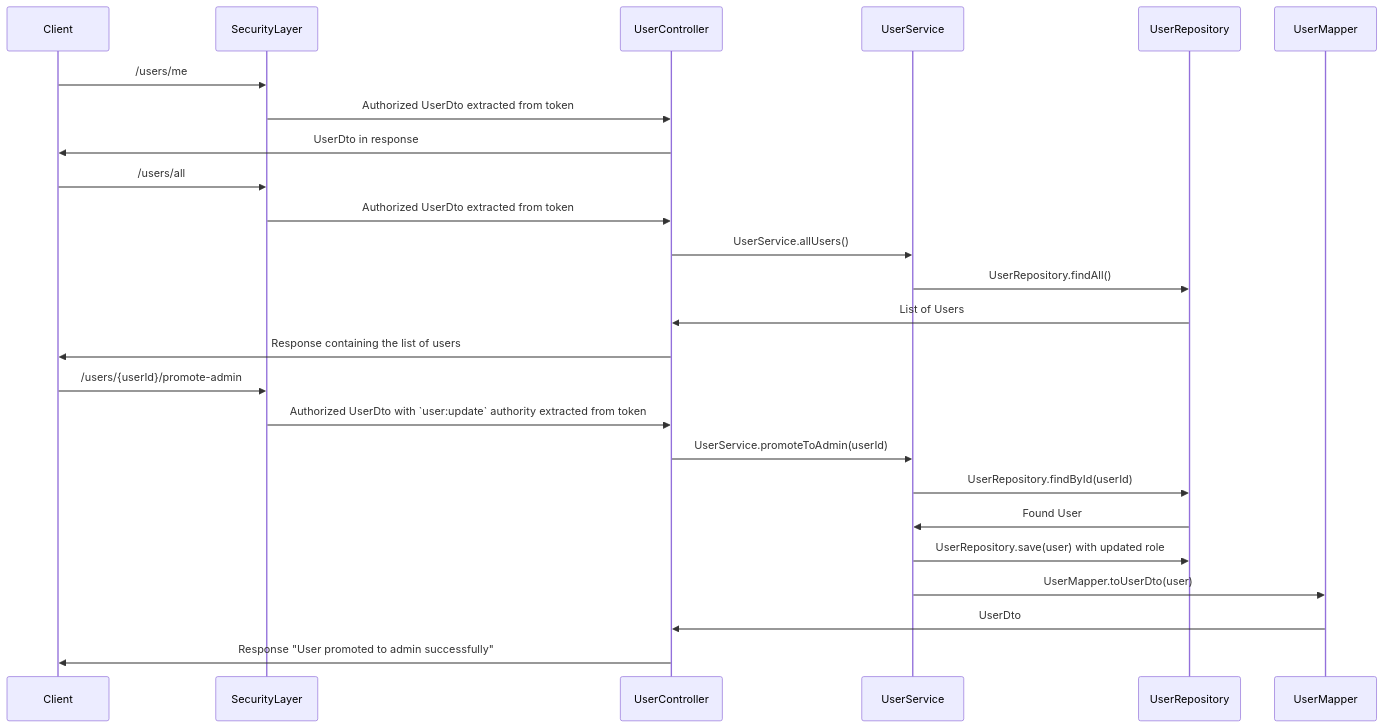
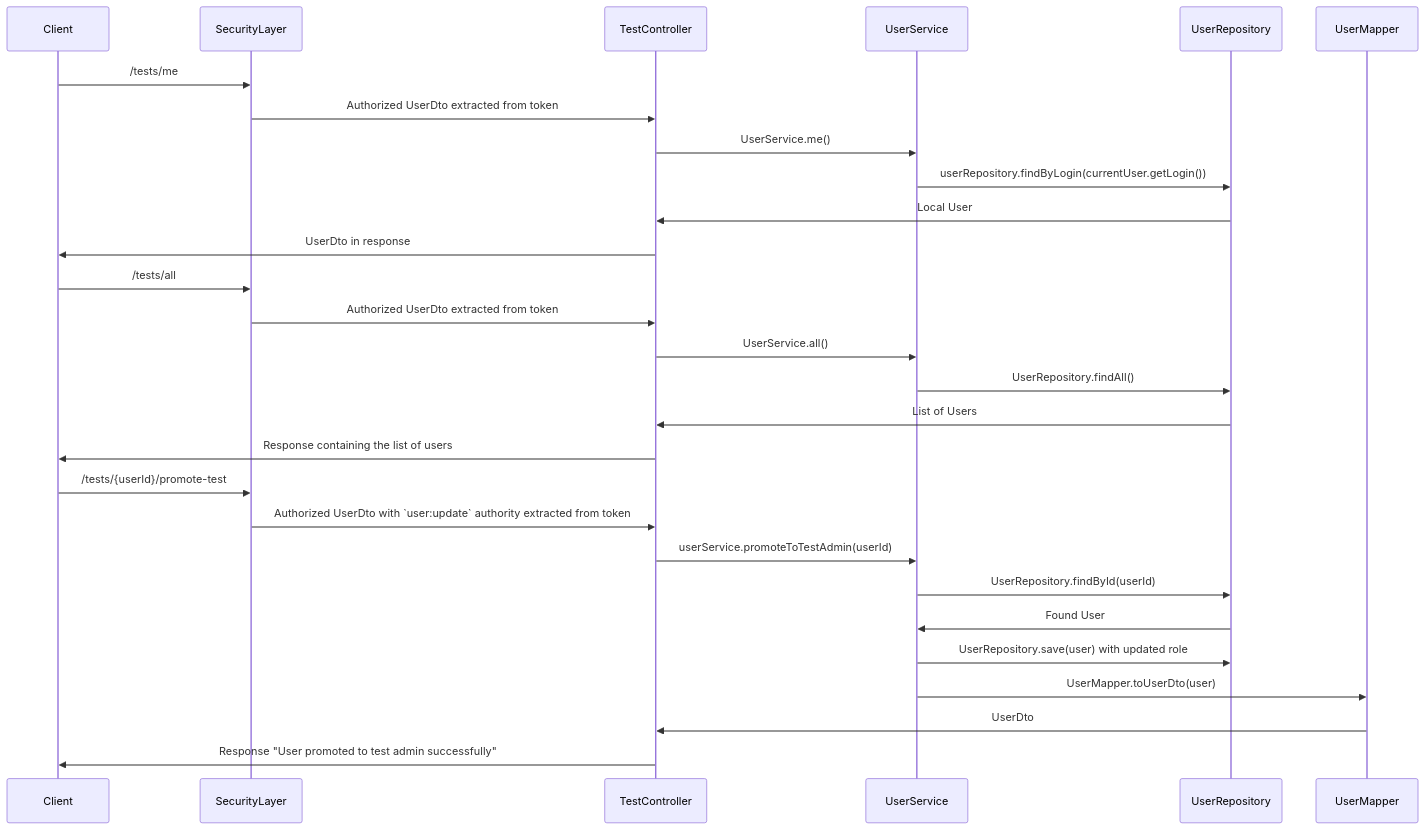
The third of 4 diagrams in doc/process-documentation.md (OrifInformatique/template_frontback), drawn with Mermaid before and after one commit. The commit also changed other lines of this file, not shown here.

Commit message:
feat: modified doc for Users

````diff
--- a/doc/process-documentation.md
+++ b/doc/process-documentation.md
@@ -199,30 +204,33 @@
 ```mermaid
 sequenceDiagram
     participant Client
     participant SecurityLayer
-    participant UserController
+    participant TestController
     participant UserService
     participant UserRepository
     participant UserMapper
 
-    Client->>SecurityLayer: /users/me
-    SecurityLayer->>UserController: Authorized UserDto extracted from token
-    UserController->>Client: UserDto in response
+    Client->>SecurityLayer: /tests/me
+    SecurityLayer->>TestController: Authorized UserDto extracted from token
+    TestController->>UserService: UserService.me()
+    UserService->>UserRepository: userRepository.findByLogin(currentUser.getLogin())
+    UserRepository->>TestController: Local User
+    TestController->>Client: UserDto in response
 
-    Client->>SecurityLayer: /users/all
-    SecurityLayer->>UserController: Authorized UserDto extracted from token
-    UserController->>UserService: UserService.allUsers()
+    Client->>SecurityLayer: /tests/all
+    SecurityLayer->>TestController: Authorized UserDto extracted from token
+    TestController->>UserService: UserService.all()
     UserService->>UserRepository: UserRepository.findAll()
-    UserRepository->>UserController: List of Users
-    UserController->>Client: Response containing the list of users
+    UserRepository->>TestController: List of Users
+    TestController->>Client: Response containing the list of users
 
-    Client->>SecurityLayer: /users/{userId}/promote-admin
-    SecurityLayer->>UserController: Authorized UserDto with `user:update` authority extracted from token
-    UserController->>UserService: UserService.promoteToAdmin(userId)
+    Client->>SecurityLayer: /tests/{userId}/promote-test
+    SecurityLayer->>TestController: Authorized UserDto with `user:update` authority extracted from token
+    TestController->>UserService: userService.promoteToTestAdmin(userId)
     UserService->>UserRepository: UserRepository.findById(userId)
     UserRepository->>UserService: Found User
     UserService->>UserRepository: UserRepository.save(user) with updated role
     UserService->>UserMapper: UserMapper.toUserDto(user)
-    UserMapper->>UserController: UserDto
-    UserController->>Client: Response "User promoted to admin successfully"
+    UserMapper->>TestController: UserDto
+    TestController->>Client: Response "User promoted to test admin successfully"
 ```
````
